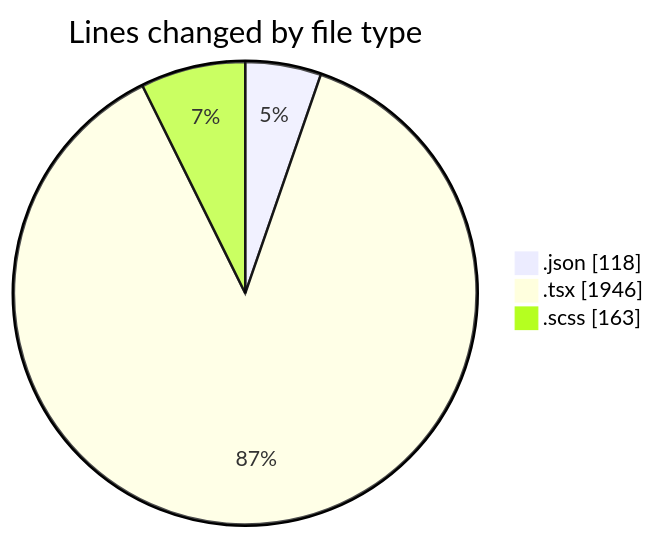
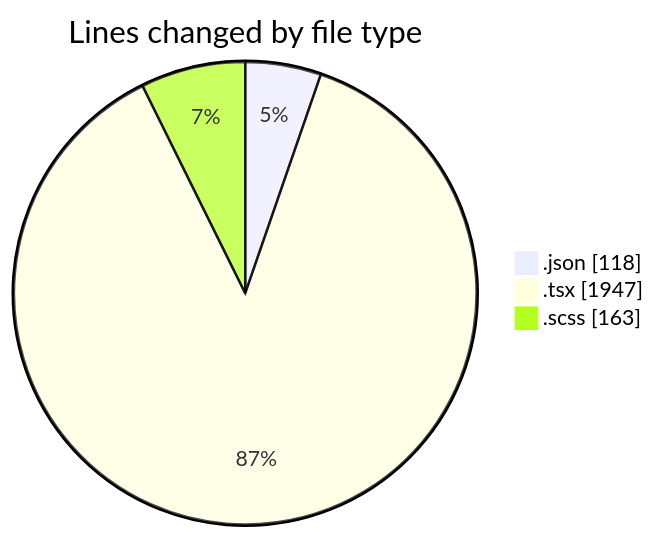
Before and after one commit to momahboobian/code-tracking: the first of 2 diagrams in 2025-11-19/cda/README.md, drawn with Mermaid. The commit also changed other lines of this file and 1 other file, not shown here.

````diff
--- a/2025-11-19/cda/README.md
+++ b/2025-11-19/cda/README.md
@@ -23,7 +23,7 @@
 ```mermaid
 pie showData
 title Lines changed by file type
 ".json" : 118
-".tsx" : 1946
+".tsx" : 1947
 ".scss" : 163
 ```
````
